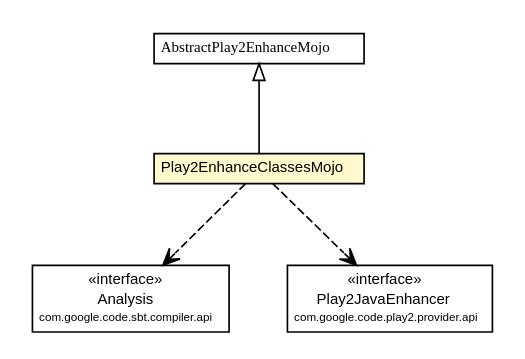
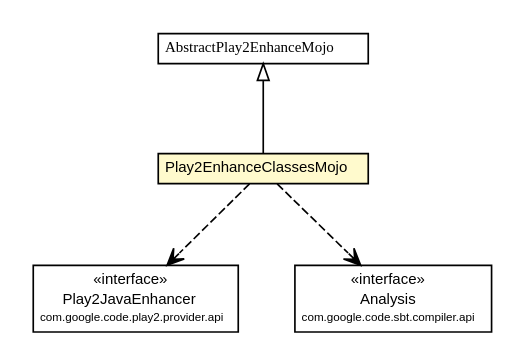
Before and after one commit to play2-maven-plugin/play2-maven-plugin.github.io: the diagram in play2-maven-plugin/1.0.0-beta5-SNAPSHOT/play2-maven-plugin/apidocs/com/google/code/play2/plugin/Play2EnhanceClassesMojo.dot, drawn with Graphviz. The commit also changed 309 other files, not shown here.

```diff
--- a/play2-maven-plugin/1.0.0-beta5-SNAPSHOT/play2-maven-plugin/apidocs/com/google/code/play2/plugin/Play2EnhanceClassesMojo.dot
+++ b/play2-maven-plugin/1.0.0-beta5-SNAPSHOT/play2-maven-plugin/apidocs/com/google/code/play2/plugin/Play2EnhanceClassesMojo.dot
@@ -1,46 +1,46 @@
 #!/usr/local/bin/dot
 #
 # Class diagram 
 # Generated by UMLGraph version R5_6-24-gf6e263 (http://www.umlgraph.org/)
 #
 
 digraph G {
 	edge [fontname="arial",fontsize=10,labelfontname="arial",labelfontsize=10];
 	node [fontname="arial",fontsize=10,shape=plaintext];
 	nodesep=0.25;
 	ranksep=0.5;
 	// com.google.code.play2.plugin.Play2EnhanceClassesMojo
 	c745 [label=<<table title="com.google.code.play2.plugin.Play2EnhanceClassesMojo" border="0" cellborder="1" cellspacing="0" cellpadding="2" port="p" bgcolor="lemonChiffon" href="./Play2EnhanceClassesMojo.html">
 		<tr><td><table border="0" cellspacing="0" cellpadding="1">
 <tr><td align="center" balign="center"> Play2EnhanceClassesMojo </td></tr>
 		</table></td></tr>
 		</table>>, URL="./Play2EnhanceClassesMojo.html", fontname="arial", fontcolor="black", fontsize=9.0];
 	// com.google.code.play2.plugin.AbstractPlay2EnhanceMojo
 	c759 [label=<<table title="com.google.code.play2.plugin.AbstractPlay2EnhanceMojo" border="0" cellborder="1" cellspacing="0" cellpadding="2" port="p" href="./AbstractPlay2EnhanceMojo.html">
 		<tr><td><table border="0" cellspacing="0" cellpadding="1">
 <tr><td align="center" balign="center"><font face="arial italic"> AbstractPlay2EnhanceMojo </font></td></tr>
 		</table></td></tr>
 		</table>>, URL="./AbstractPlay2EnhanceMojo.html", fontname="arial", fontcolor="black", fontsize=9.0];
 	//com.google.code.play2.plugin.Play2EnhanceClassesMojo extends com.google.code.play2.plugin.AbstractPlay2EnhanceMojo
 	c759:p -> c745:p [dir=back,arrowtail=empty];
+	// com.google.code.play2.plugin.Play2EnhanceClassesMojo DEPEND com.google.code.play2.provider.api.Play2JavaEnhancer
+	c745:p -> c766:p [taillabel="", label="", headlabel="", fontname="arial", fontcolor="black", fontsize=10.0, color="black", arrowhead=open, style=dashed];
 	// com.google.code.play2.plugin.Play2EnhanceClassesMojo DEPEND com.google.code.sbt.compiler.api.Analysis
-	c745:p -> c766:p [taillabel="", label="", headlabel="", fontname="arial", fontcolor="black", fontsize=10.0, color="black", arrowhead=open, style=dashed];
-	// com.google.code.play2.plugin.Play2EnhanceClassesMojo DEPEND com.google.code.play2.provider.api.Play2JavaEnhancer
 	c745:p -> c767:p [taillabel="", label="", headlabel="", fontname="arial", fontcolor="black", fontsize=10.0, color="black", arrowhead=open, style=dashed];
 	// com.google.code.play2.provider.api.Play2JavaEnhancer
-	c767 [label=<<table title="com.google.code.play2.provider.api.Play2JavaEnhancer" border="0" cellborder="1" cellspacing="0" cellpadding="2" port="p">
+	c766 [label=<<table title="com.google.code.play2.provider.api.Play2JavaEnhancer" border="0" cellborder="1" cellspacing="0" cellpadding="2" port="p">
 		<tr><td><table border="0" cellspacing="0" cellpadding="1">
 <tr><td align="center" balign="center"> &#171;interface&#187; </td></tr>
 <tr><td align="center" balign="center"> Play2JavaEnhancer </td></tr>
 <tr><td align="center" balign="center"><font point-size="7.0"> com.google.code.play2.provider.api </font></td></tr>
 		</table></td></tr>
 		</table>>, URL="null", fontname="arial", fontcolor="black", fontsize=9.0];
 	// com.google.code.sbt.compiler.api.Analysis
-	c766 [label=<<table title="com.google.code.sbt.compiler.api.Analysis" border="0" cellborder="1" cellspacing="0" cellpadding="2" port="p" href="http://sbt-compiler-maven-plugin.github.io/sbt-compiler-maven-plugin/1.0.0-beta8/sbt-compiler-api/apidocs/com/google/code/sbt/compiler/api/Analysis.html">
+	c767 [label=<<table title="com.google.code.sbt.compiler.api.Analysis" border="0" cellborder="1" cellspacing="0" cellpadding="2" port="p" href="http://sbt-compiler-maven-plugin.github.io/sbt-compiler-maven-plugin/1.0.0-beta8/sbt-compiler-api/apidocs/com/google/code/sbt/compiler/api/Analysis.html">
 		<tr><td><table border="0" cellspacing="0" cellpadding="1">
 <tr><td align="center" balign="center"> &#171;interface&#187; </td></tr>
 <tr><td align="center" balign="center"> Analysis </td></tr>
 <tr><td align="center" balign="center"><font point-size="7.0"> com.google.code.sbt.compiler.api </font></td></tr>
 		</table></td></tr>
 		</table>>, URL="http://sbt-compiler-maven-plugin.github.io/sbt-compiler-maven-plugin/1.0.0-beta8/sbt-compiler-api/apidocs/com/google/code/sbt/compiler/api/Analysis.html", fontname="arial", fontcolor="black", fontsize=9.0];
 }
```
